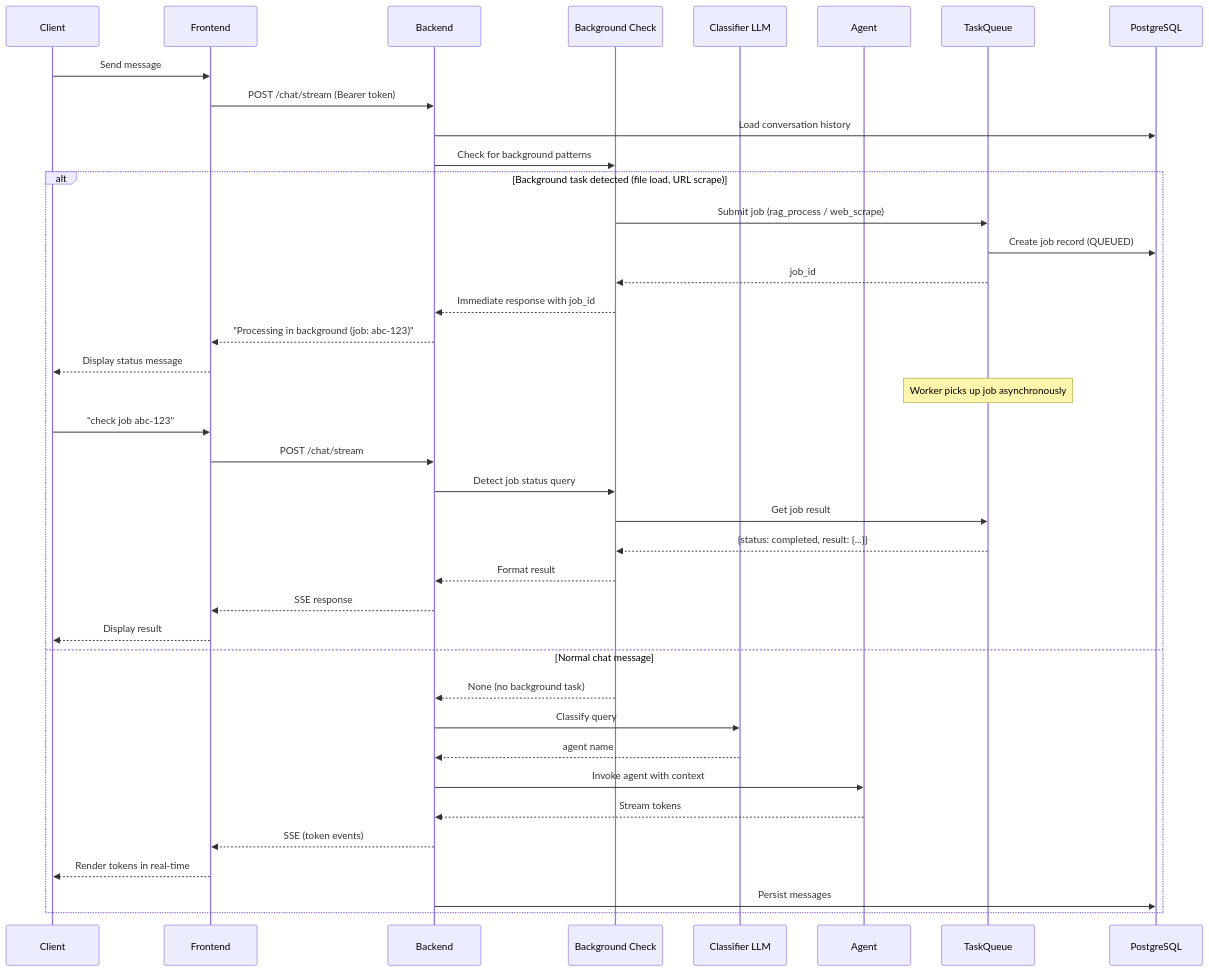
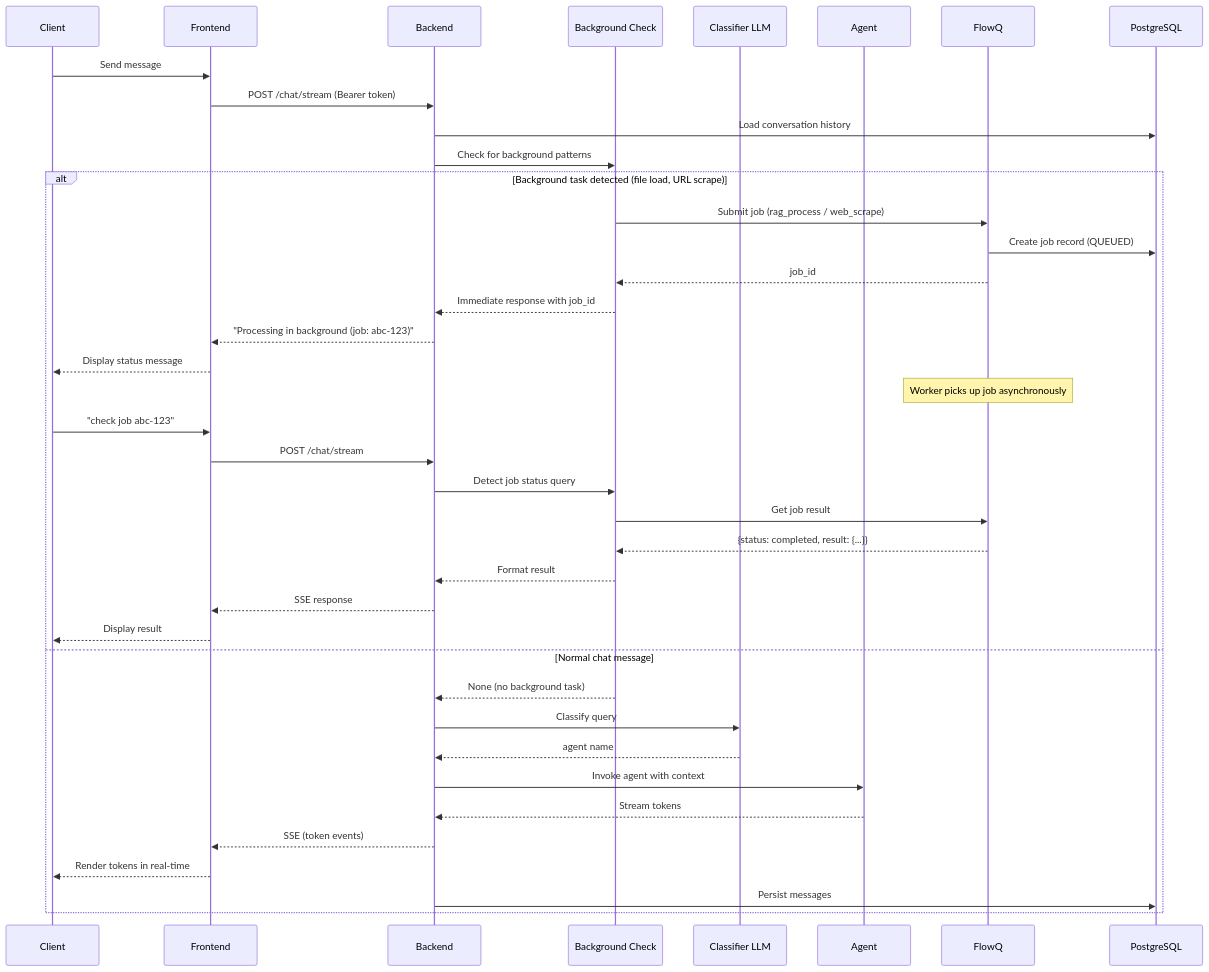
One commit to Garvit-Mehra/Mosaic changed the second of 6 diagrams in DESIGN.md. Above: the diagram before and after it, drawn with Mermaid. The commit also changed other lines of this file and 94 other files, not shown here.

Commit message:
refactor: rename TaskQueue to FlowQ throughout codebase

````diff
--- a/DESIGN.md
+++ b/DESIGN.md
@@ -90,45 +90,45 @@
 ```mermaid
 sequenceDiagram
     participant C as Client
     participant F as Frontend
     participant B as Backend
     participant BG as Background Check
     participant CL as Classifier LLM
     participant A as Agent
-    participant TQ as TaskQueue
+    participant TQ as FlowQ
     participant DB as PostgreSQL
 
     C->>F: Send message
     F->>B: POST /chat/stream (Bearer token)
     B->>DB: Load conversation history
     B->>BG: Check for background patterns
 
     alt Background task detected (file load, URL scrape)
         BG->>TQ: Submit job (rag_process / web_scrape)
         TQ->>DB: Create job record (QUEUED)
         TQ-->>BG: job_id
         BG-->>B: Immediate response with job_id
         B-->>F: "Processing in background (job: abc-123)"
         F-->>C: Display status message
 
         Note over TQ: Worker picks up job asynchronously
         C->>F: "check job abc-123"
         F->>B: POST /chat/stream
         B->>BG: Detect job status query
         BG->>TQ: Get job result
         TQ-->>BG: {status: completed, result: {...}}
         BG-->>B: Format result
         B-->>F: SSE response
         F-->>C: Display result
 
     else Normal chat message
         BG-->>B: None (no background task)
         B->>CL: Classify query
         CL-->>B: agent name
         B->>A: Invoke agent with context
         A-->>B: Stream tokens
         B-->>F: SSE (token events)
         F-->>C: Render tokens in real-time
         B->>DB: Persist messages
     end
 ```
````
